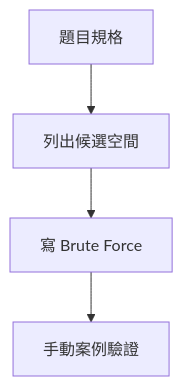
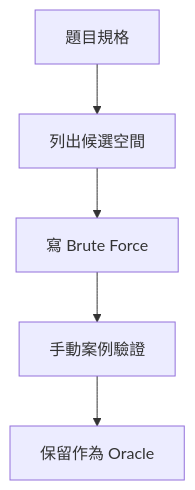
The third of 7 diagrams in 14_practice/59_how_to_practice.md (davidchen0970/algorithm_note), drawn with Mermaid before and after one commit. The commit also changed other lines of this file and 3 other files, not shown here.

````diff
--- a/14_practice/59_how_to_practice.md
+++ b/14_practice/59_how_to_practice.md
@@ -43,6 +160,7 @@
 ```mermaid
 flowchart TD
-    A[題目規格] --> B[列出候選空間]
-    B --> C[寫 Brute Force]
-    C --> D[手動案例驗證]
+    A["題目規格"] --> B["列出候選空間"]
+    B --> C["寫 Brute Force"]
+    C --> D["手動案例驗證"]
+    D --> E["保留作為 Oracle"]
 ```
````
